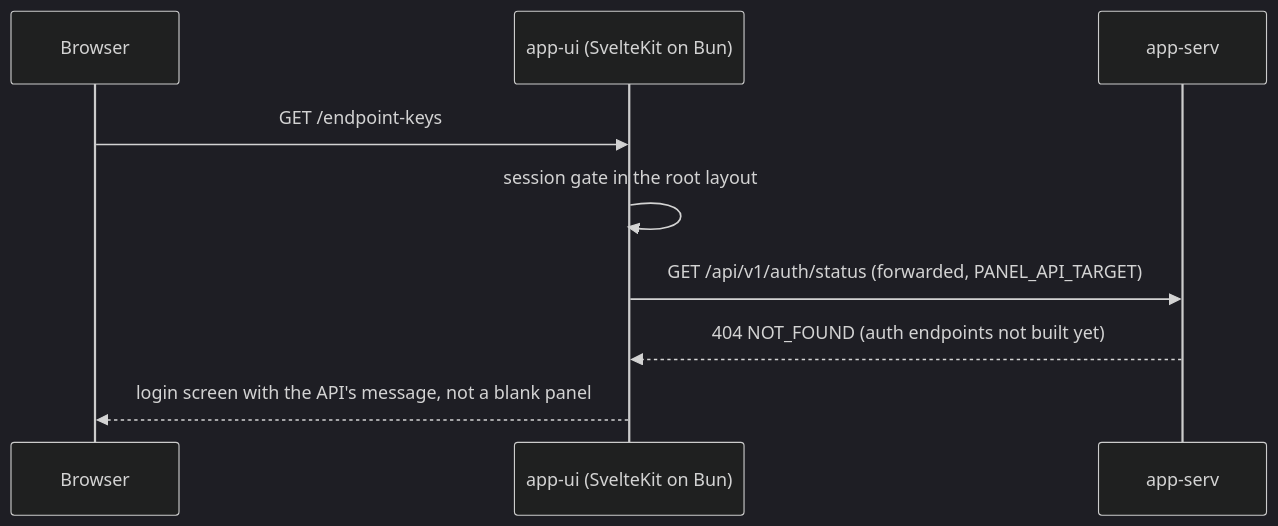
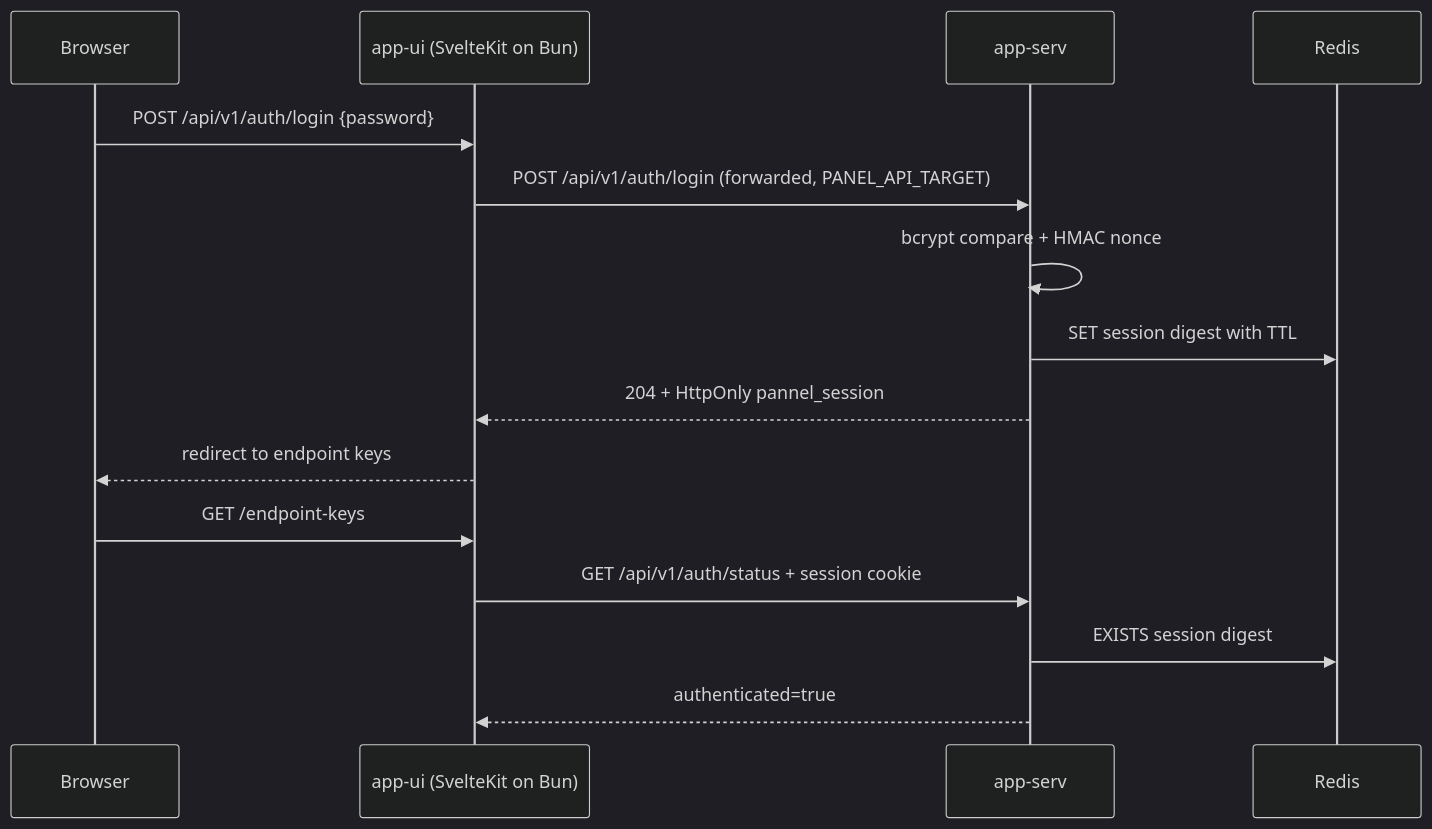
One commit to rusmanadodi2598/pannelAI changed the third of 4 diagrams in SYSTEM_MAP.md. Above: the diagram before and after it, drawn with Mermaid (dark theme). The commit also changed other lines of this file and 91 other files, not shown here.

````diff
--- a/SYSTEM_MAP.md
+++ b/SYSTEM_MAP.md
@@ -95,12 +126,18 @@
 ```mermaid
 sequenceDiagram
     participant B as Browser
     participant U as app-ui (SvelteKit on Bun)
     participant S as app-serv
+    participant R as Redis
 
+    B->>U: POST /api/v1/auth/login {password}
+    U->>S: POST /api/v1/auth/login (forwarded, PANEL_API_TARGET)
+    S->>S: bcrypt compare + HMAC nonce
+    S->>R: SET session digest with TTL
+    S-->>U: 204 + HttpOnly pannel_session
+    U-->>B: redirect to endpoint keys
     B->>U: GET /endpoint-keys
-    U->>U: session gate in the root layout
-    U->>S: GET /api/v1/auth/status (forwarded, PANEL_API_TARGET)
-    S-->>U: 404 NOT_FOUND (auth endpoints not built yet)
-    U-->>B: login screen with the API's message, not a blank panel
+    U->>S: GET /api/v1/auth/status + session cookie
+    S->>R: EXISTS session digest
+    S-->>U: authenticated=true
 ```
````
